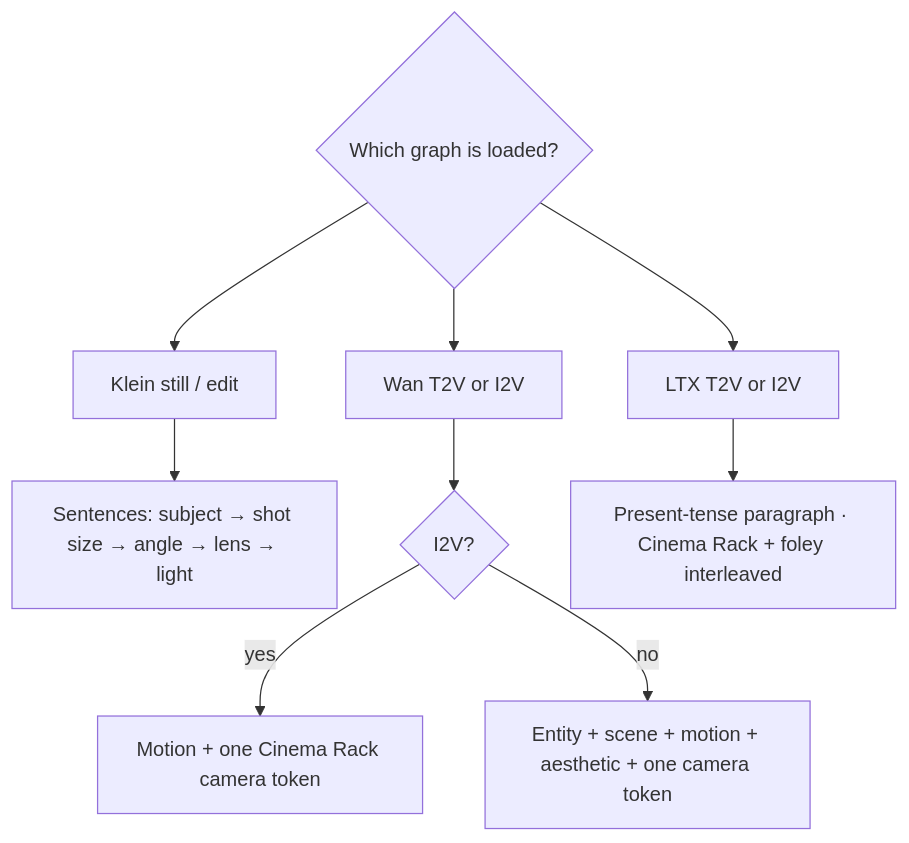
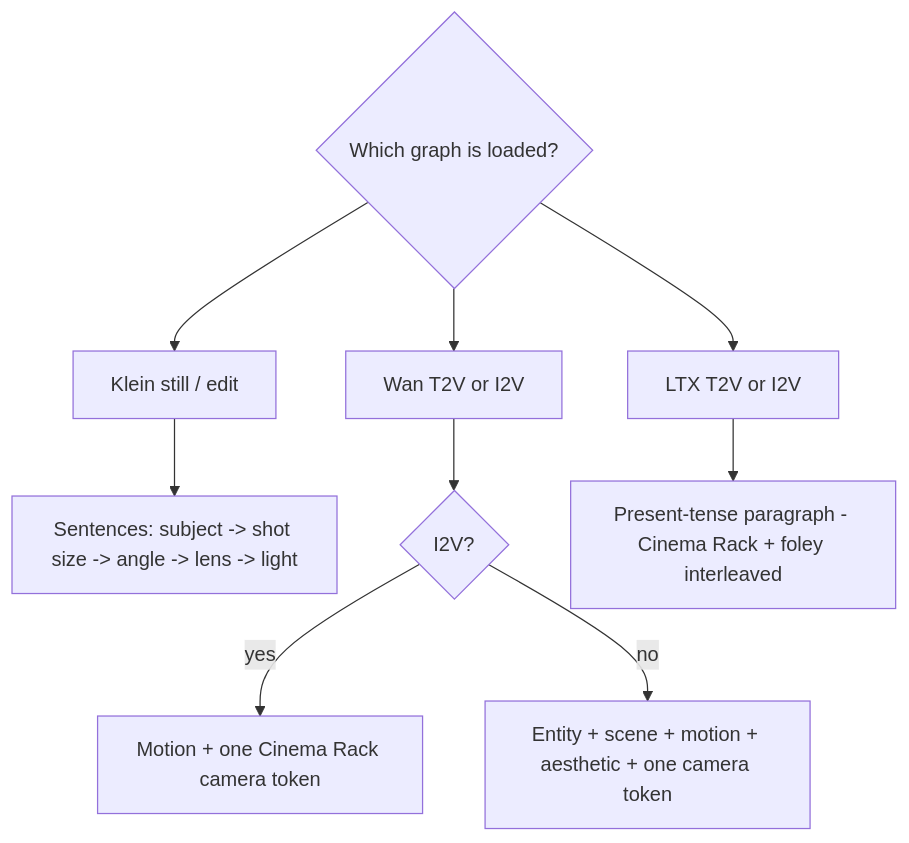
The first of 2 diagrams in docs/prompting.mdx (toxicoder/ez-comfy-stack), drawn with Mermaid before and after one commit. The commit also changed other lines of this file and 1894 other files, not shown here.

````diff
--- a/docs/prompting.mdx
+++ b/docs/prompting.mdx
@@ -35,11 +35,11 @@
 ```mermaid
 flowchart TB
   Which{"Which graph is loaded?"} --> K["Klein still / edit"]
   Which --> W["Wan T2V or I2V"]
   Which --> L["LTX T2V or I2V"]
-  K --> Kp["Sentences: subject → shot size → angle → lens → light"]
+  K --> Kp["Sentences: subject -> shot size -> angle -> lens -> light"]
   W --> Wp{"I2V?"}
   Wp -->|yes| Wi["Motion + one Cinema Rack camera token"]
   Wp -->|no| Wt["Entity + scene + motion + aesthetic + one camera token"]
-  L --> Lp["Present-tense paragraph · Cinema Rack + foley interleaved"]
+  L --> Lp["Present-tense paragraph - Cinema Rack + foley interleaved"]
 ```
````
